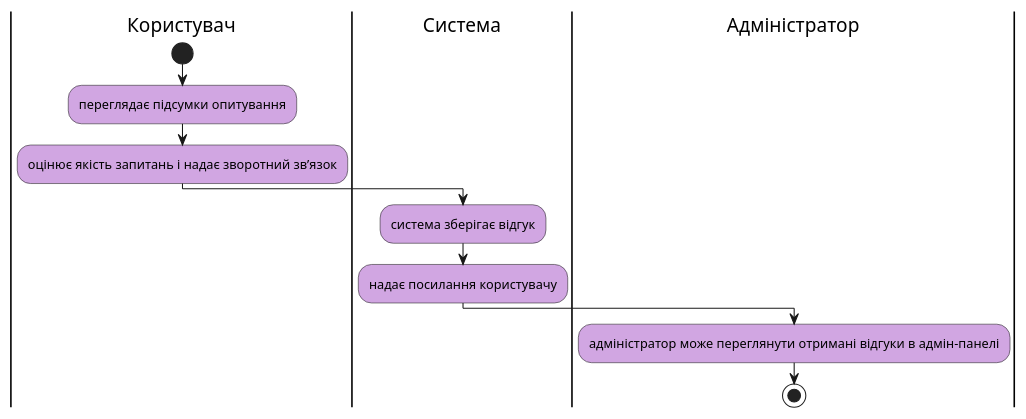
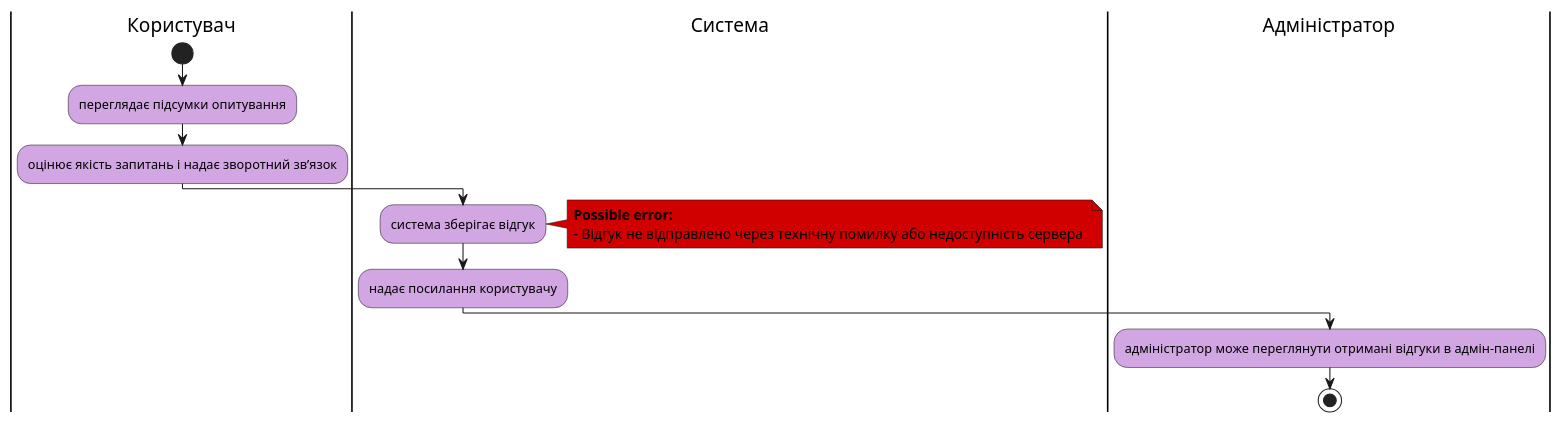
The fifth of 5 diagrams in docs/use cases/README.md (sunnytea0/db_labs_my), drawn with PlantUML before and after one commit. The commit also changed other lines of this file, not shown here.

```diff
--- a/docs/use cases/README.md
+++ b/docs/use cases/README.md
@@ -216,20 +308,24 @@
 @startuml
 
 skinparam ActivityBackgroundColor #d1a6e2
 
     |Користувач|
     start;
     :переглядає підсумки опитування;
     :оцінює якість запитань і надає зворотний зв’язок;
 
     |Система|
     :система зберігає відгук; 
+    note right #D10000
+    <b>Possible error:
+    - Відгук не відправлено через технічну помилку або недоступність сервера 
+    end note
 
     :надає посилання користувачу; 
 
     |Адміністратор|
     :адміністратор може переглянути отримані відгуки в адмін-панелі;
     
     stop;
 
 @enduml
```
